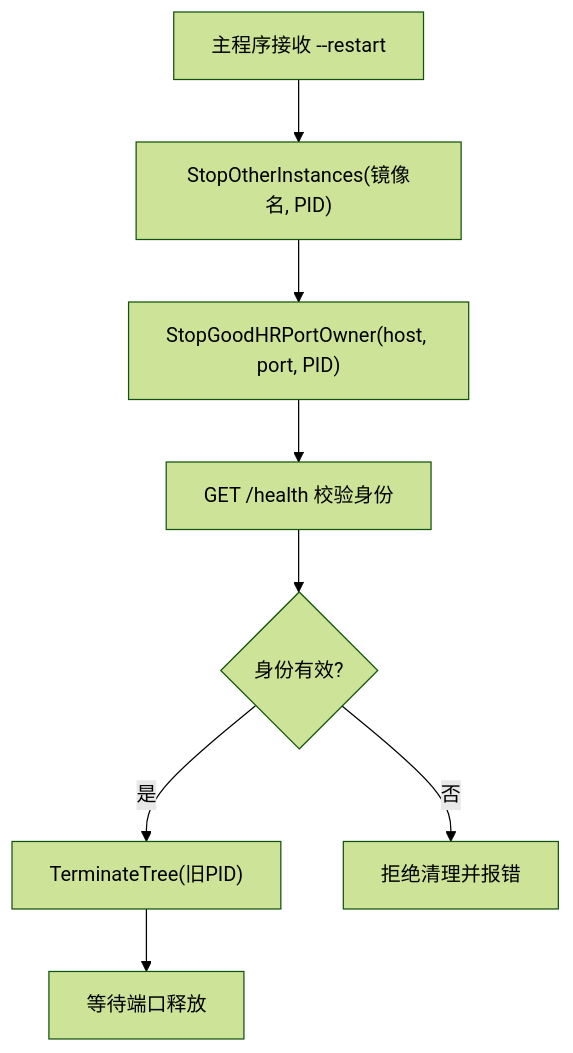
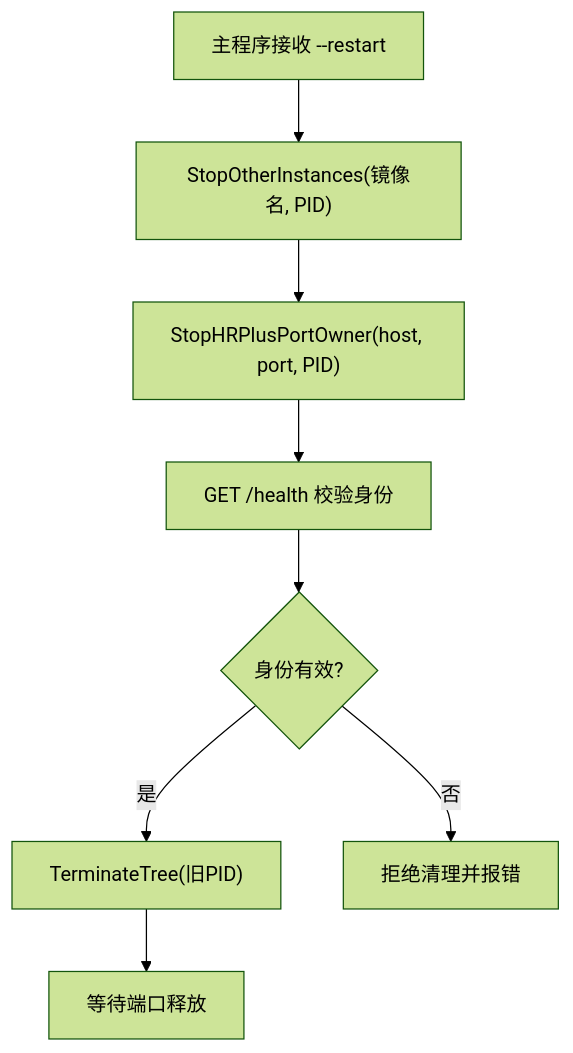
One commit to alvinwangzi/goodhr changed the seventh of 8 diagrams in .qoder/repowiki/zh/content/本地执行器/核心架构/进程控制.md. Above: the diagram before and after it, drawn with Mermaid (forest theme). The commit also changed other lines of this file and 83 other files, not shown here.

Commit message:
docs: .qoder/repowiki 知识库品牌名 GoodHR 统一改为 HRPlus

````diff
--- a/.qoder/repowiki/zh/content/本地执行器/核心架构/进程控制.md
+++ b/.qoder/repowiki/zh/content/本地执行器/核心架构/进程控制.md
@@ -272,10 +272,10 @@
 ```mermaid
 flowchart TD
 A["主程序接收 --restart"] --> B["StopOtherInstances(镜像名, PID)"]
-B --> C["StopGoodHRPortOwner(host, port, PID)"]
+B --> C["StopHRPlusPortOwner(host, port, PID)"]
 C --> D["GET /health 校验身份"]
 D --> E{"身份有效?"}
 E --> |是| F["TerminateTree(旧PID)"]
 E --> |否| G["拒绝清理并报错"]
 F --> H["等待端口释放"]
 ```
````
